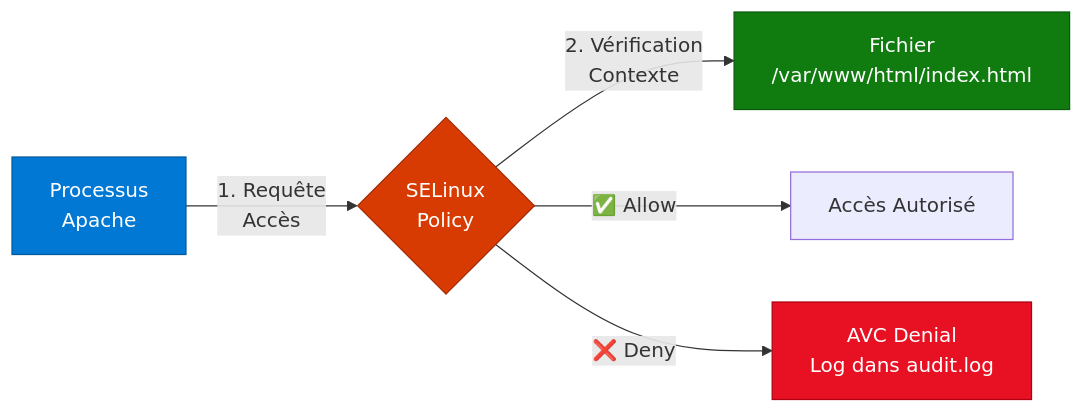
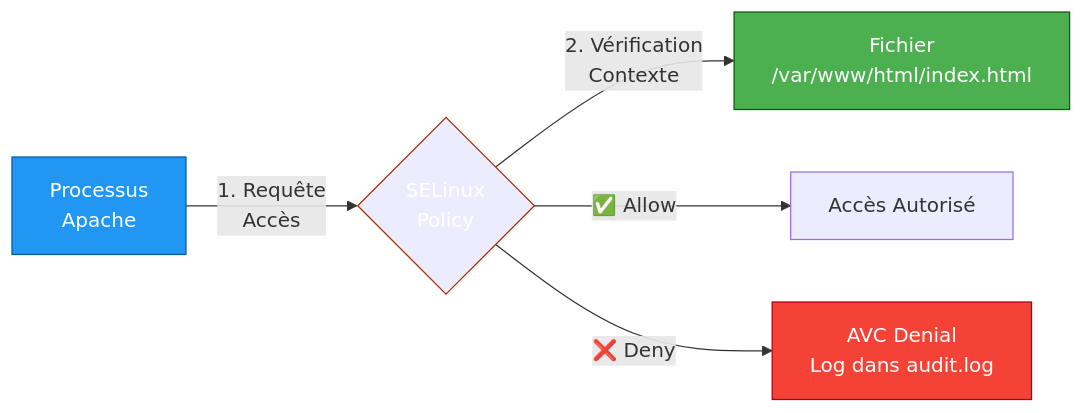
Before and after one commit to VBlackJack/ShellBook: the first of 2 diagrams in docs/linux/rhel-security-selinux.md, drawn with Mermaid. The commit also changed 337 other files, not shown here.

First line of the commit message:
refactor(docs): Standardize code blocks and Mermaid colors

````diff
--- a/docs/linux/rhel-security-selinux.md
+++ b/docs/linux/rhel-security-selinux.md
@@ -18,12 +18,12 @@
 ```mermaid
 flowchart LR
     A[Processus<br/>Apache] -->|1. Requête<br/>Accès| B{SELinux<br/>Policy}
     B -->|2. Vérification<br/>Contexte| C[Fichier<br/>/var/www/html/index.html]
     B -->|✅ Allow| D[Accès Autorisé]
     B -->|❌ Deny| E[AVC Denial<br/>Log dans audit.log]
 
-    style A fill:#0078d4,stroke:#005a9e,color:#fff
-    style B fill:#d83b01,stroke:#a52a00,color:#fff
-    style C fill:#107c10,stroke:#0b5a0d,color:#fff
-    style E fill:#e81123,stroke:#b00016,color:#fff
+    style A fill:#2196F3,stroke:#005a9e,color:#fff
+    style B fill:#FF9800800800,stroke:#a52a00,color:#fff
+    style C fill:#4CAF50,stroke:#0b5a0d,color:#fff
+    style E fill:#f44336,stroke:#b00016,color:#fff
 ```
````
